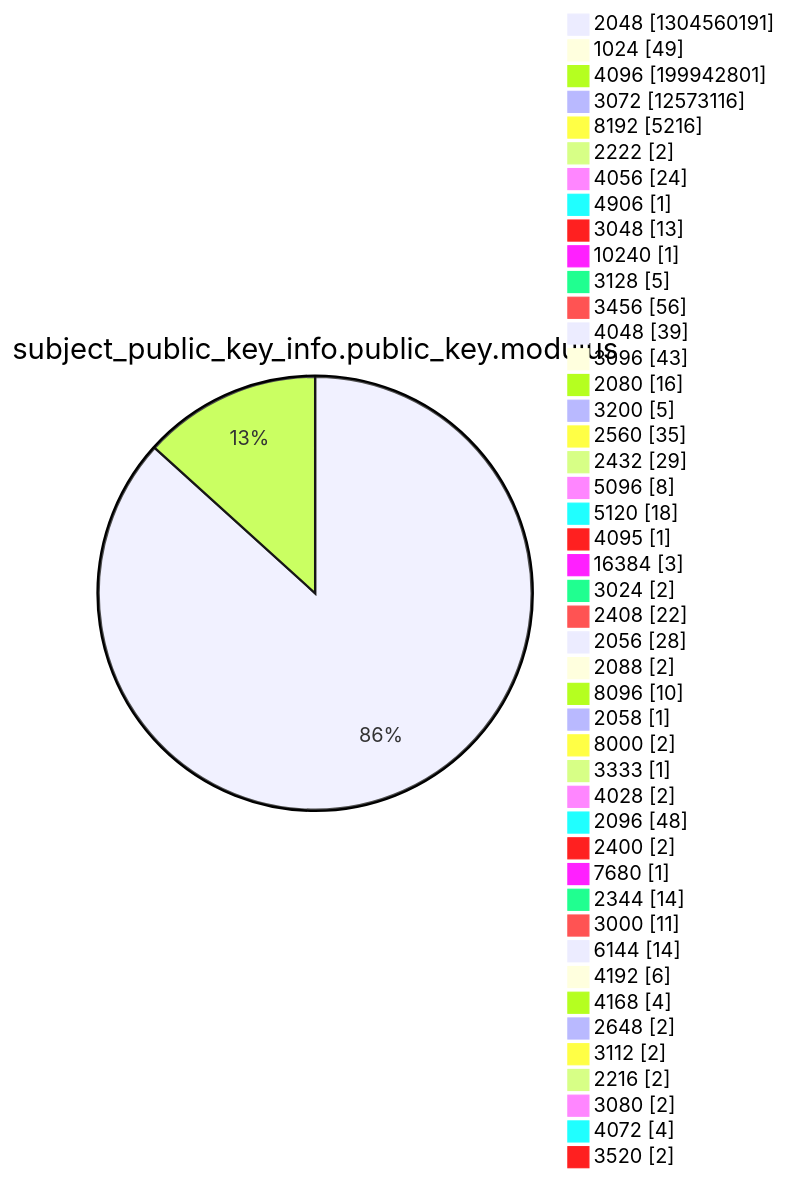
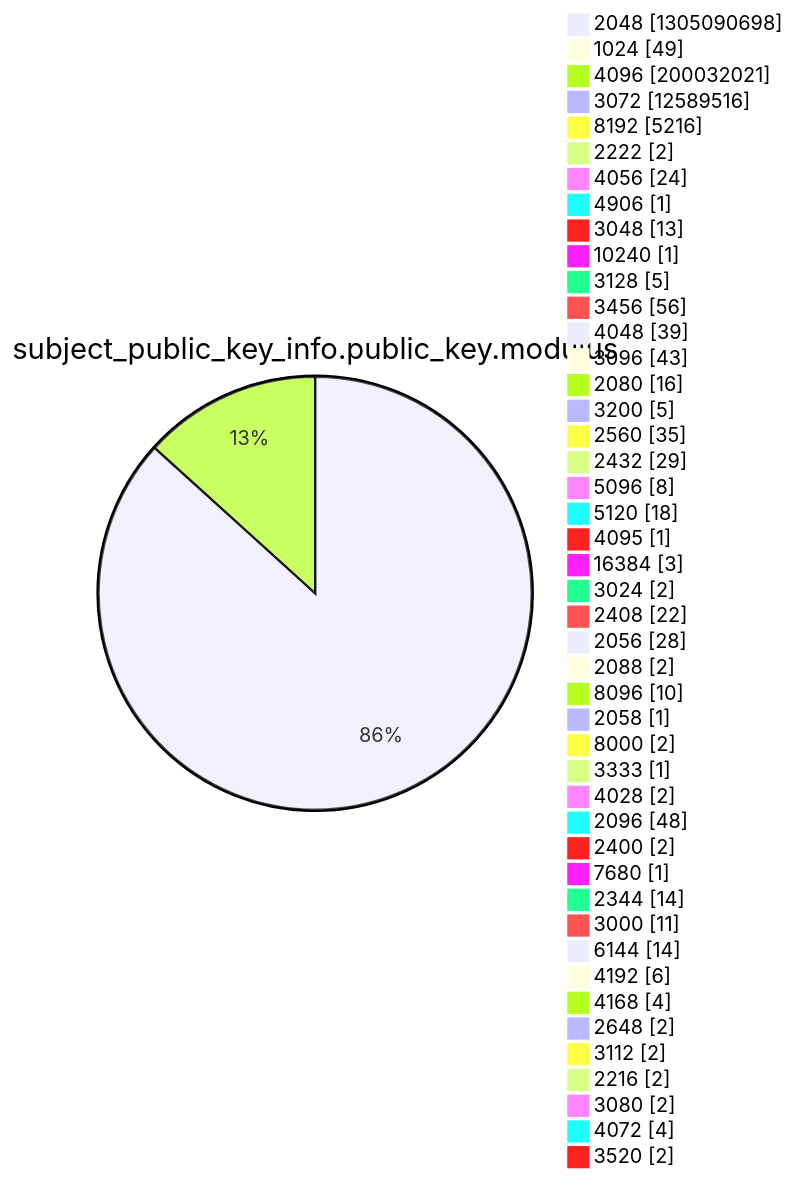
Before and after one commit to christiankrug/ctmonitor_visualization: diagram 13 of 15 in xenon2022/README.md, drawn with Mermaid. The commit also changed other lines of this file, not shown here.

````diff
--- a/xenon2022/README.md
+++ b/xenon2022/README.md
@@ -3924,49 +3924,49 @@
 ```mermaid
 pie showData
 title subject_public_key_info.public_key.modulus
-"2048" :1304560191
+"2048" :1305090698
 "1024" :49
-"4096" :199942801
-"3072" :12573116
+"4096" :200032021
+"3072" :12589516
 "8192" :5216
 "2222" :2
 "4056" :24
 "4906" :1
 "3048" :13
 "10240" :1
 "3128" :5
 "3456" :56
 "4048" :39
 "3096" :43
 "2080" :16
 "3200" :5
 "2560" :35
 "2432" :29
 "5096" :8
 "5120" :18
 "4095" :1
 "16384" :3
 "3024" :2
 "2408" :22
 "2056" :28
 "2088" :2
 "8096" :10
 "2058" :1
 "8000" :2
 "3333" :1
 "4028" :2
 "2096" :48
 "2400" :2
 "7680" :1
 "2344" :14
 "3000" :11
 "6144" :14
 "4192" :6
 "4168" :4
 "2648" :2
 "3112" :2
 "2216" :2
 "3080" :2
 "4072" :4
 "3520" :2
 ```
````
